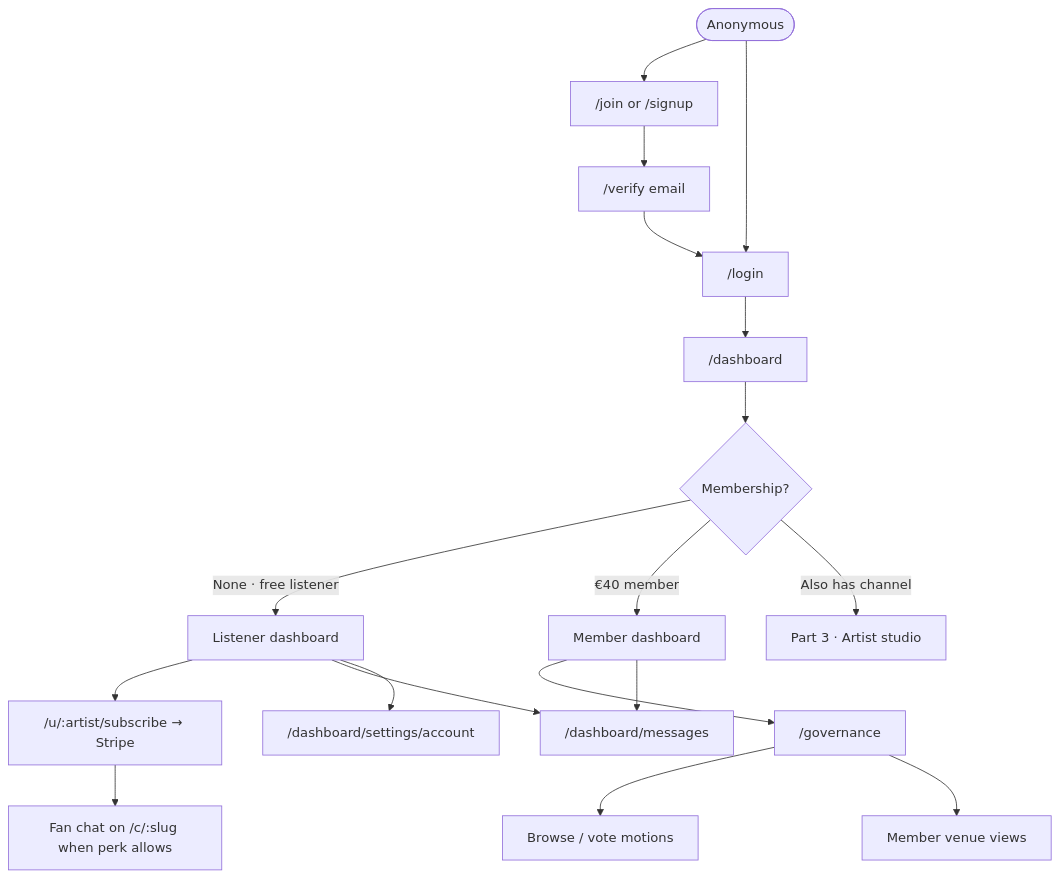
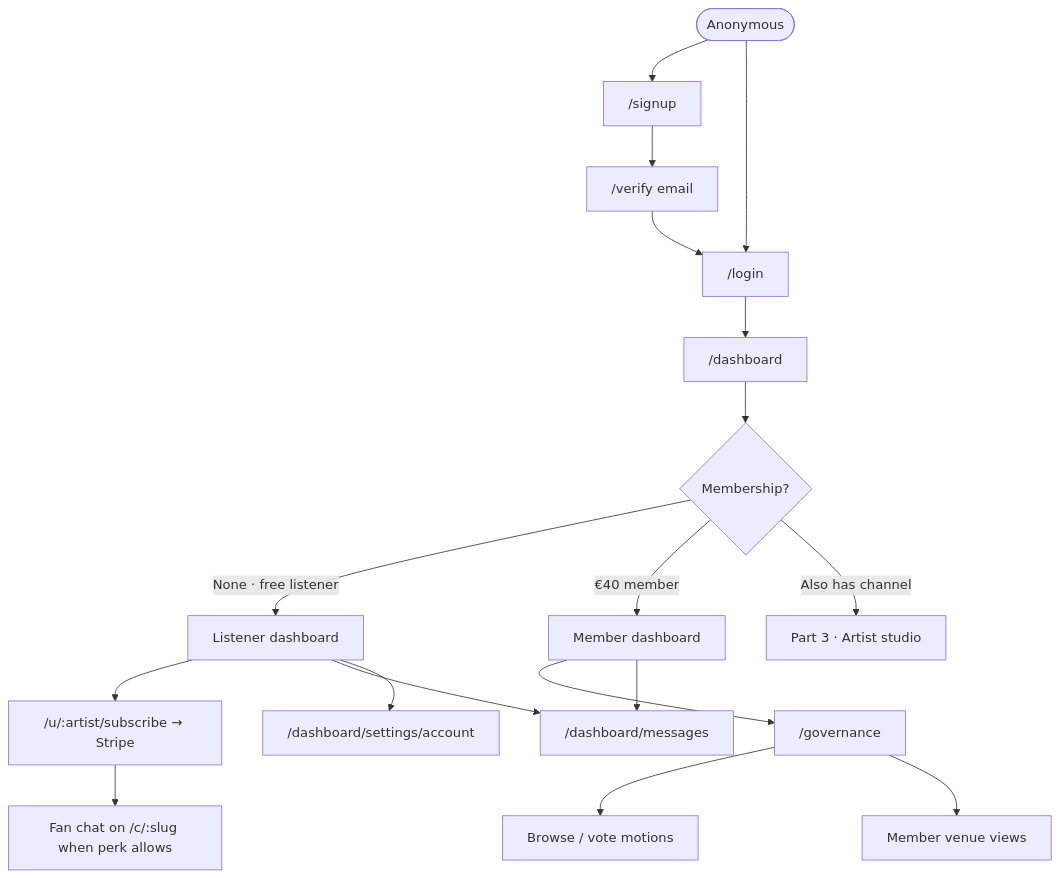
The diagram in docs/flows/logged-in-listener.md (janiluuk/tahti-org), drawn with Mermaid before and after one commit. The commit also changed other lines of this file and 24 other files, not shown here.

````diff
--- a/docs/flows/logged-in-listener.md
+++ b/docs/flows/logged-in-listener.md
@@ -23,24 +23,24 @@
 ```mermaid
 flowchart TD
-  A([Anonymous]) --> Join["/join or /signup"]
-  Join --> Verify["/verify email"]
+  A([Anonymous]) --> Signup["/signup"]
+  Signup --> Verify["/verify email"]
   Verify --> Login["/login"]
   A --> Login
 
   Login --> Dash["/dashboard"]
   Dash --> Free{Membership?}
 
   Free -->|None · free listener| FreeDash[Listener dashboard]
   Free -->|€40 member| MemDash[Member dashboard]
   Free -->|Also has channel| Artist[Part 3 · Artist studio]
 
   FreeDash --> Sub["/u/:artist/subscribe → Stripe"]
   MemDash --> Gov["/governance"]
   Gov --> Motions[Browse / vote motions]
   Gov --> VenuesMem[Member venue views]
 
   Sub --> FanChat[Fan chat on /c/:slug when perk allows]
   FreeDash --> Msgs["/dashboard/messages"]
   MemDash --> Msgs
   FreeDash --> Account["/dashboard/settings/account"]
 ```
````
